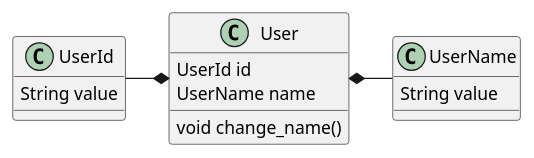
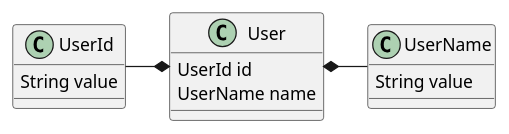
One commit to hiroshima-arc/tdd_itddd changed the diagram in docs/src/article/ruby/01_value_object.adoc. Above: the diagram before and after it, drawn with PlantUML. The commit also changed other lines of this file and 3 other files, not shown here.

```diff
--- a/docs/src/article/ruby/01_value_object.adoc
+++ b/docs/src/article/ruby/01_value_object.adoc
@@ -1382,17 +897,16 @@
 [plantuml]
 ----
 class User {
   UserId id
   UserName name
-  void change_name()
 }
 class UserId {
   String value
 }
 class UserName {
   String value
 }
 
 User *-l UserId
 User *-r UserName
 ----
```
